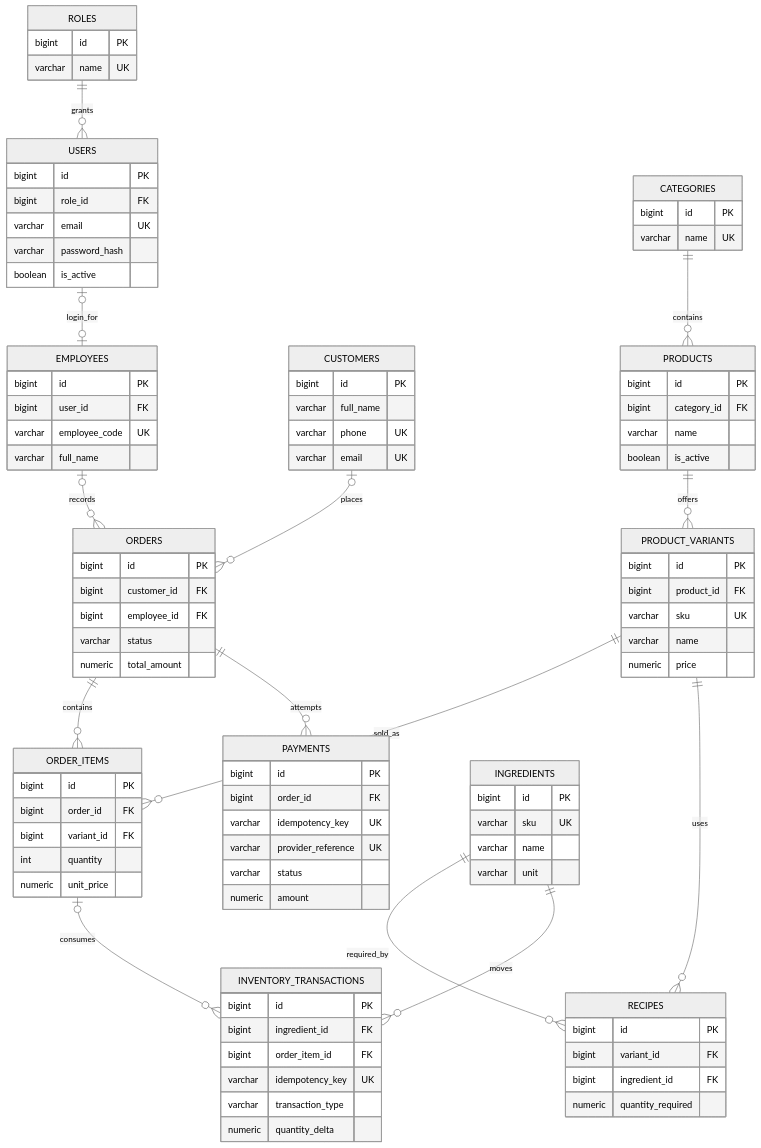
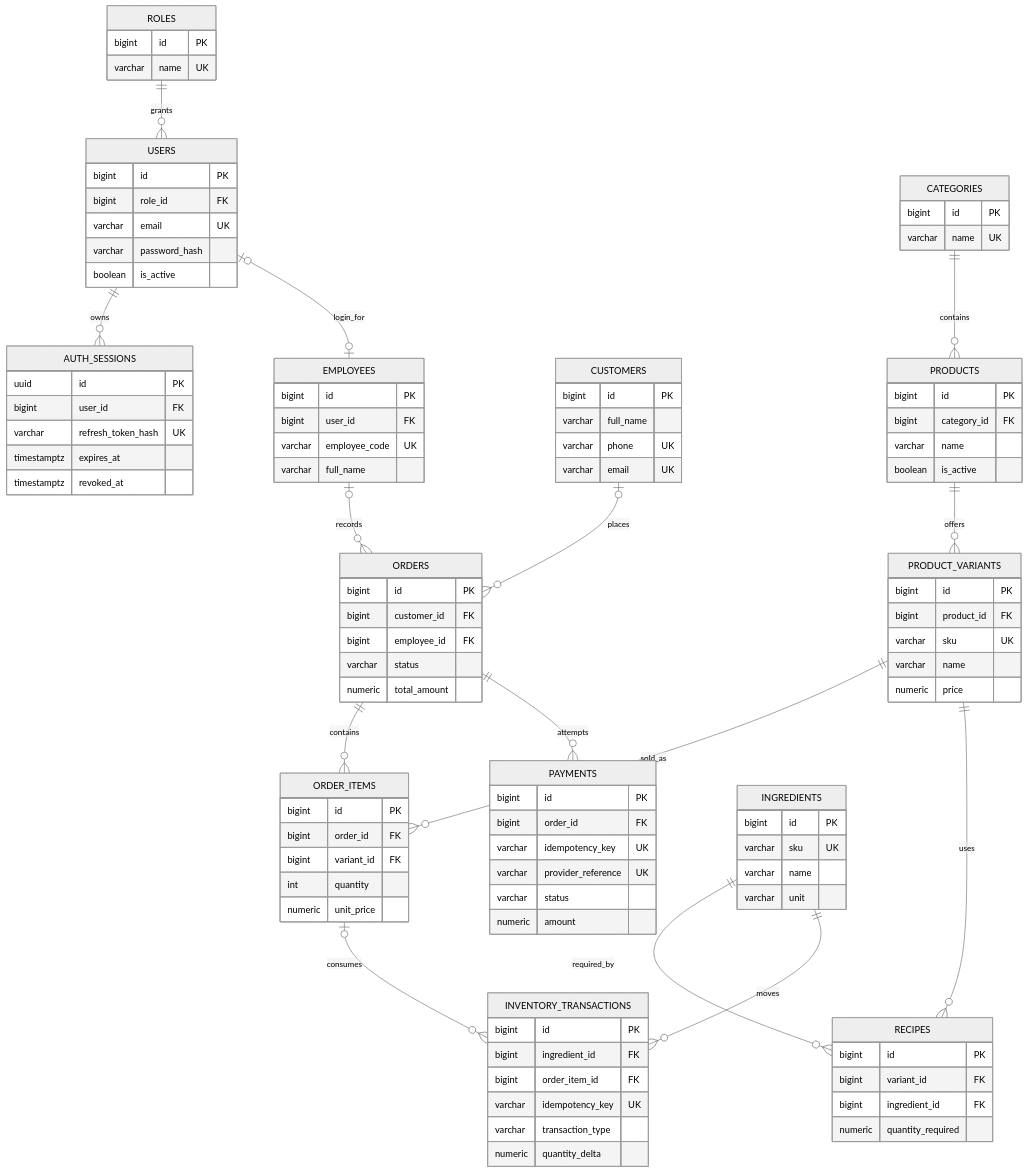
One commit to BayHen/coffee-python-codex changed the diagram in docs/database-design.md. Above: the diagram before and after it, drawn with Mermaid (neutral theme). The commit also changed other lines of this file and 17 other files, not shown here.

````diff
--- a/docs/database-design.md
+++ b/docs/database-design.md
@@ -9,6 +9,7 @@
 ```mermaid
 erDiagram
     ROLES ||--o{ USERS : grants
+    USERS ||--o{ AUTH_SESSIONS : owns
     USERS |o--o| EMPLOYEES : login_for
     CUSTOMERS |o--o{ ORDERS : places
     EMPLOYEES |o--o{ ORDERS : records
@@ -32,6 +33,13 @@
         varchar email UK
         varchar password_hash
         boolean is_active
+    }
+    AUTH_SESSIONS {
+        uuid id PK
+        bigint user_id FK
+        varchar refresh_token_hash UK
+        timestamptz expires_at
+        timestamptz revoked_at
     }
     EMPLOYEES {
         bigint id PK
````
